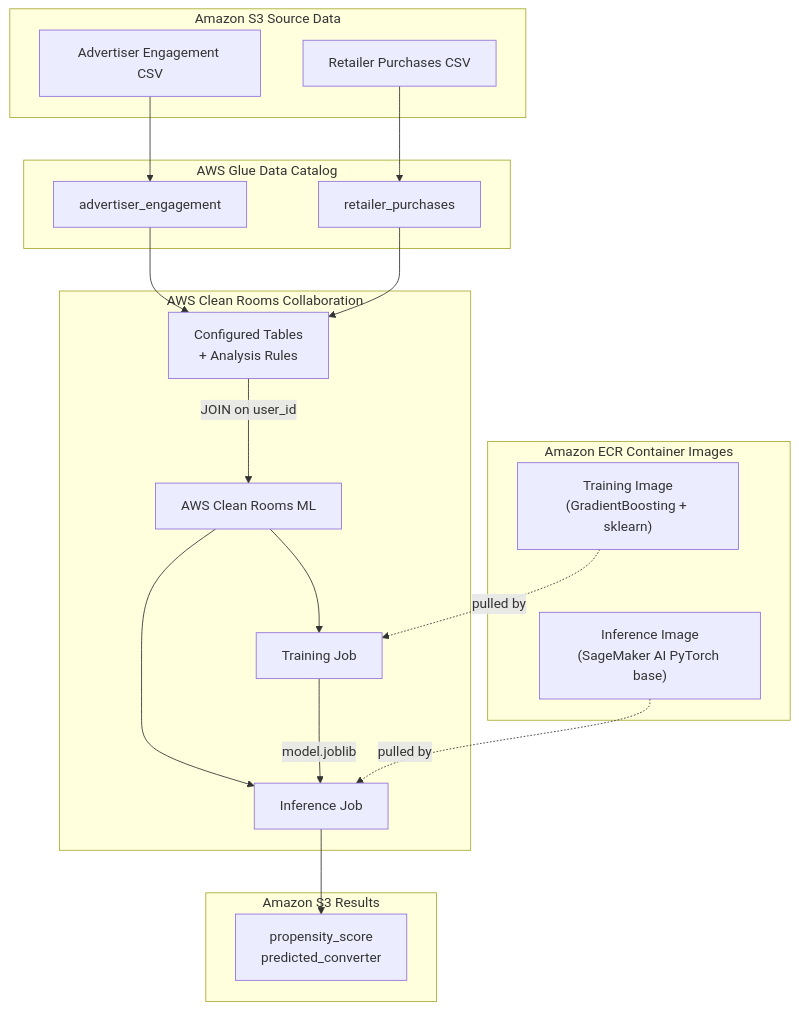
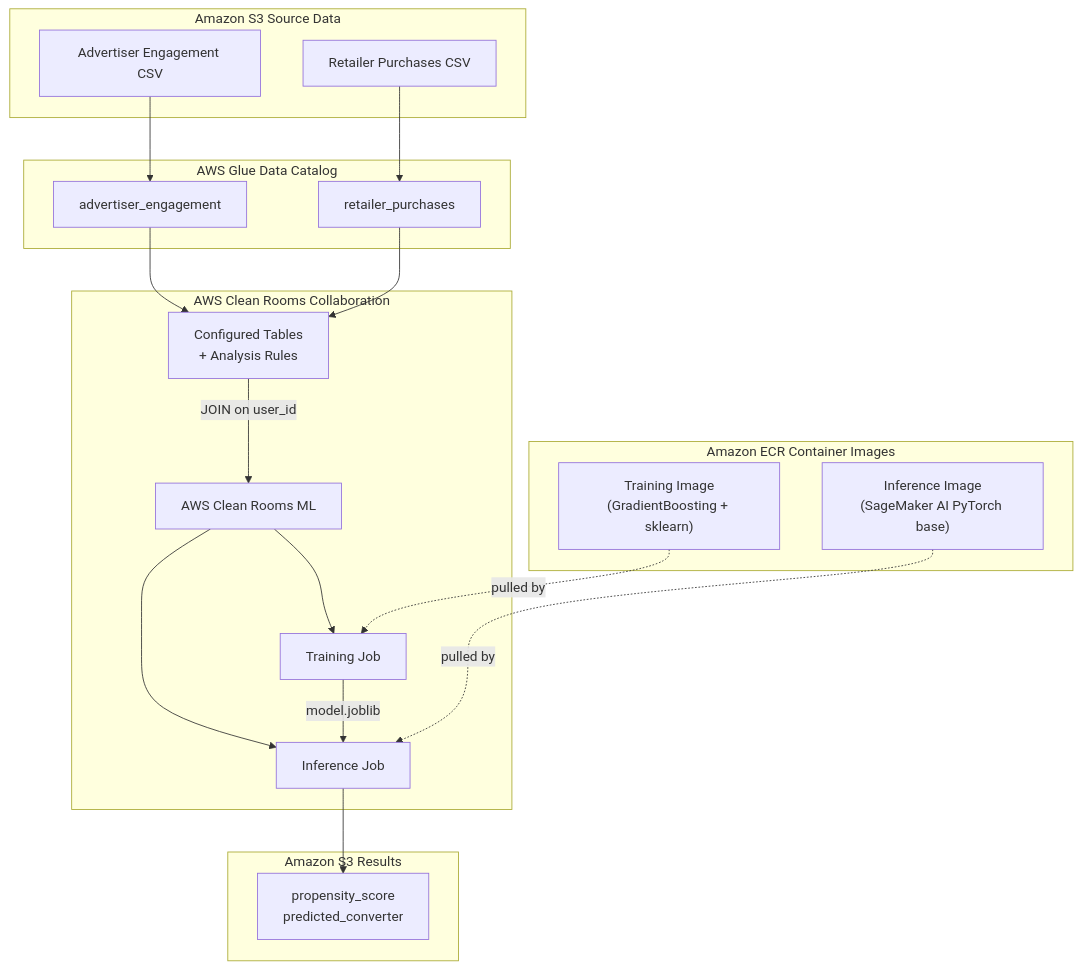
Before and after one commit to aws-samples/sample-AWSCleanRoomsCustomMLModel: the diagram in README.md, drawn with Mermaid. The commit also changed other lines of this file, not shown here.

Commit message:
Fix architecture image link and mermaid syntax error

````diff
--- a/README.md
+++ b/README.md
@@ -210,42 +210,41 @@
 ```mermaid
 flowchart TB
     subgraph S3_Source["Amazon S3  Source Data"]
         A["Advertiser Engagement CSV"]
         B["Retailer Purchases CSV"]
     end
 
     subgraph Glue["AWS Glue Data Catalog"]
         GA["advertiser_engagement"]
         GB["retailer_purchases"]
     end
 
     subgraph ECR["Amazon ECR  Container Images"]
         TI["Training Image\n(GradientBoosting + sklearn)"]
-        TI ~~~ II
         II["Inference Image\n(SageMaker AI PyTorch base)"]
     end
 
     subgraph CR["AWS Clean Rooms  Collaboration"]
         CT["Configured Tables\n+ Analysis Rules"]
         CRML["AWS Clean Rooms ML"]
         TJ["Training Job"]
         IJ["Inference Job"]
 
         CT -->|"JOIN on user_id"| CRML
         CRML --> TJ
         CRML --> IJ
         TJ -->|"model.joblib"| IJ
     end
 
     subgraph S3_Output["Amazon S3  Results"]
         OUT["propensity_score\npredicted_converter"]
     end
 
     A --> GA
     B --> GB
     GA --> CT
     GB --> CT
     TI -.->|"pulled by"| TJ
     II -.->|"pulled by"| IJ
     IJ --> OUT
 ```
````
